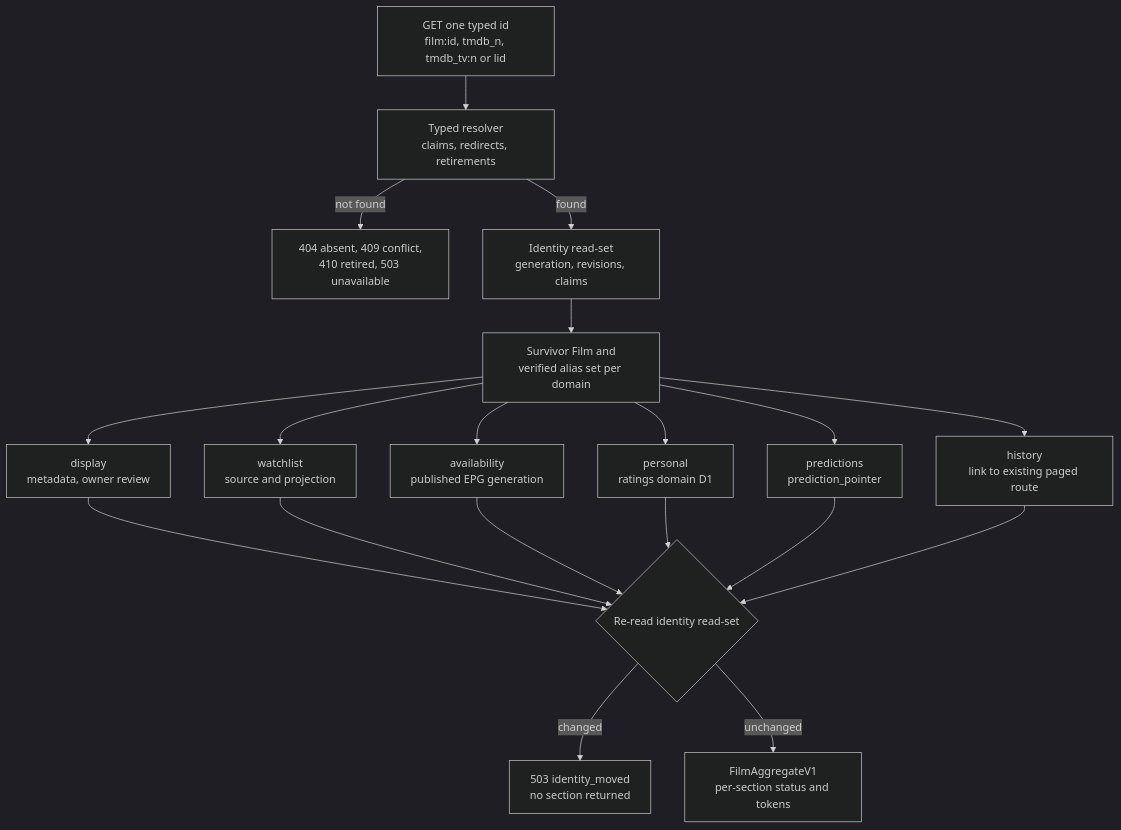
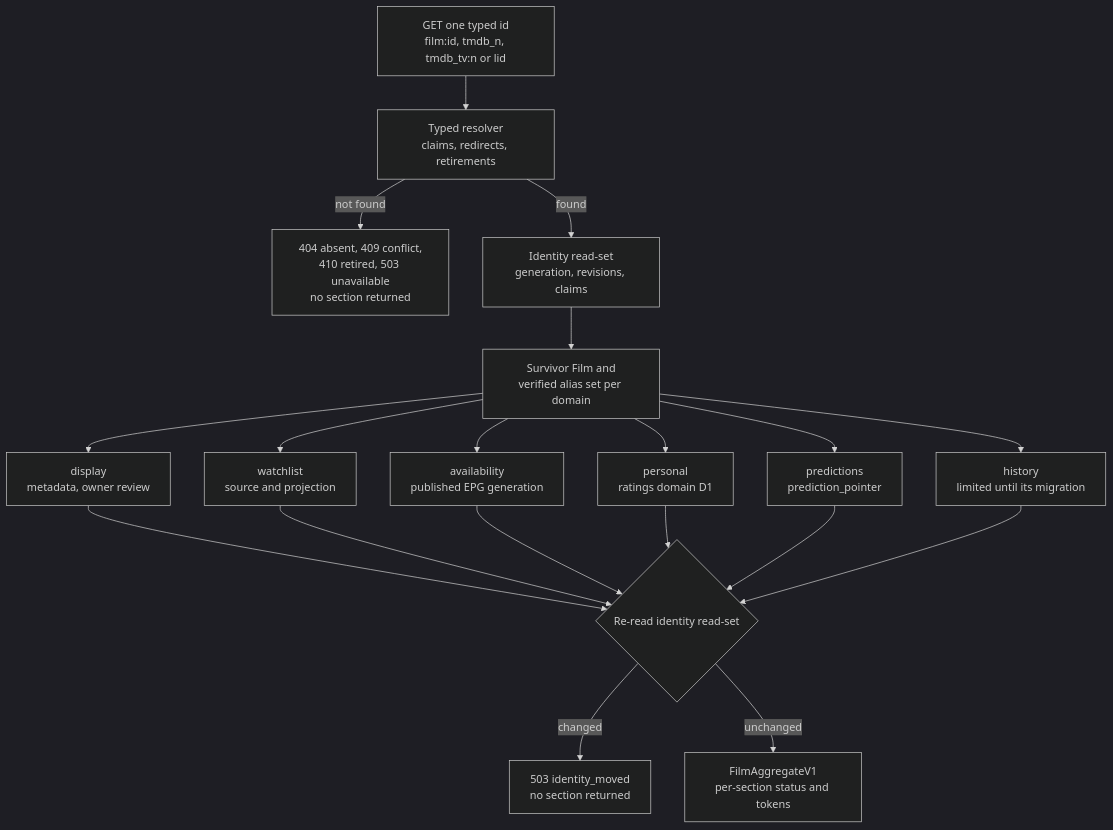
The fourth of 8 diagrams in docs/architecture/film-person-lifecycle.md (vladimino/iptv-watchlist), drawn with Mermaid (dark theme) before and after one commit. The commit also changed 1 other file, not shown here.

Commit message:
docs(adr): ADR 0216 second-review corrections
History limited or unavailable until its migration, with the target cursor
binding; settled retirements excluded before conflict evaluation; direct
film: lookup; explicit Watchlist negative proof; per-section before/after
token fence; reserved and coherent identity capture; aligned tests.

Claude-Session: https://claude.ai/code/session_014nGEiXxRA6un9oLkA3ccU1

````diff
--- a/docs/architecture/film-person-lifecycle.md
+++ b/docs/architecture/film-person-lifecycle.md
@@ -92,35 +92,35 @@
 ```mermaid
 flowchart TB
     req["GET one typed id<br/>film:id, tmdb_n, tmdb_tv:n or lid"]
     resolve["Typed resolver<br/>claims, redirects, retirements"]
-    fatal["404 absent, 409 conflict,<br/>410 retired, 503 unavailable"]
+    fatal["404 absent, 409 conflict,<br/>410 retired, 503 unavailable<br/>no section returned"]
     readset["Identity read-set<br/>generation, revisions, claims"]
     ids["Survivor Film and<br/>verified alias set per domain"]
     display["display<br/>metadata, owner review"]
     watch["watchlist<br/>source and projection"]
     avail["availability<br/>published EPG generation"]
     personal["personal<br/>ratings domain D1"]
     pred["predictions<br/>prediction_pointer"]
-    history["history<br/>link to existing paged route"]
+    history["history<br/>limited until its migration"]
     fence{"Re-read identity read-set"}
     moved["503 identity_moved<br/>no section returned"]
     agg["FilmAggregateV1<br/>per-section status and tokens"]
     req --> resolve
     resolve -->|not found| fatal
     resolve -->|found| readset
     readset --> ids
     ids --> display
     ids --> watch
     ids --> avail
     ids --> personal
     ids --> pred
     ids --> history
     display --> fence
     watch --> fence
     avail --> fence
     personal --> fence
     pred --> fence
     history --> fence
     fence -->|changed| moved
     fence -->|unchanged| agg
 ```
````
